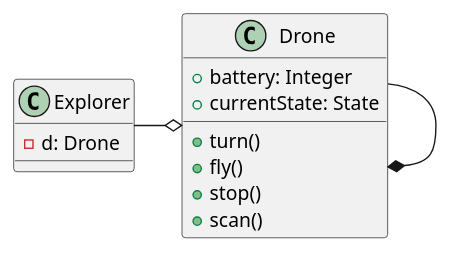
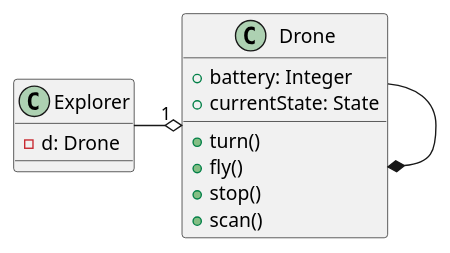
Before and after one commit to nehadst/Drone-Rescue: the diagram in UML Diagrams/SingletonPattern.plantuml, drawn with PlantUML. The commit also changed 1 other file, not shown here.

Commit message:
Added 1 label on Drone arrow in Singleton UML #61

```diff
--- a/UML Diagrams/SingletonPattern.plantuml
+++ b/UML Diagrams/SingletonPattern.plantuml
@@ -1,18 +1,18 @@
 @startuml SingletonPattern
 
 class Drone {
     +battery: Integer
     +currentState: State
     +turn()
     +fly()
     +stop()
     +scan()
 }
 class Explorer {
     - d: Drone
 }
 
-Explorer -right-o Drone
+Explorer -right-o "1" Drone
 Drone --* Drone 
 
 @enduml
```
